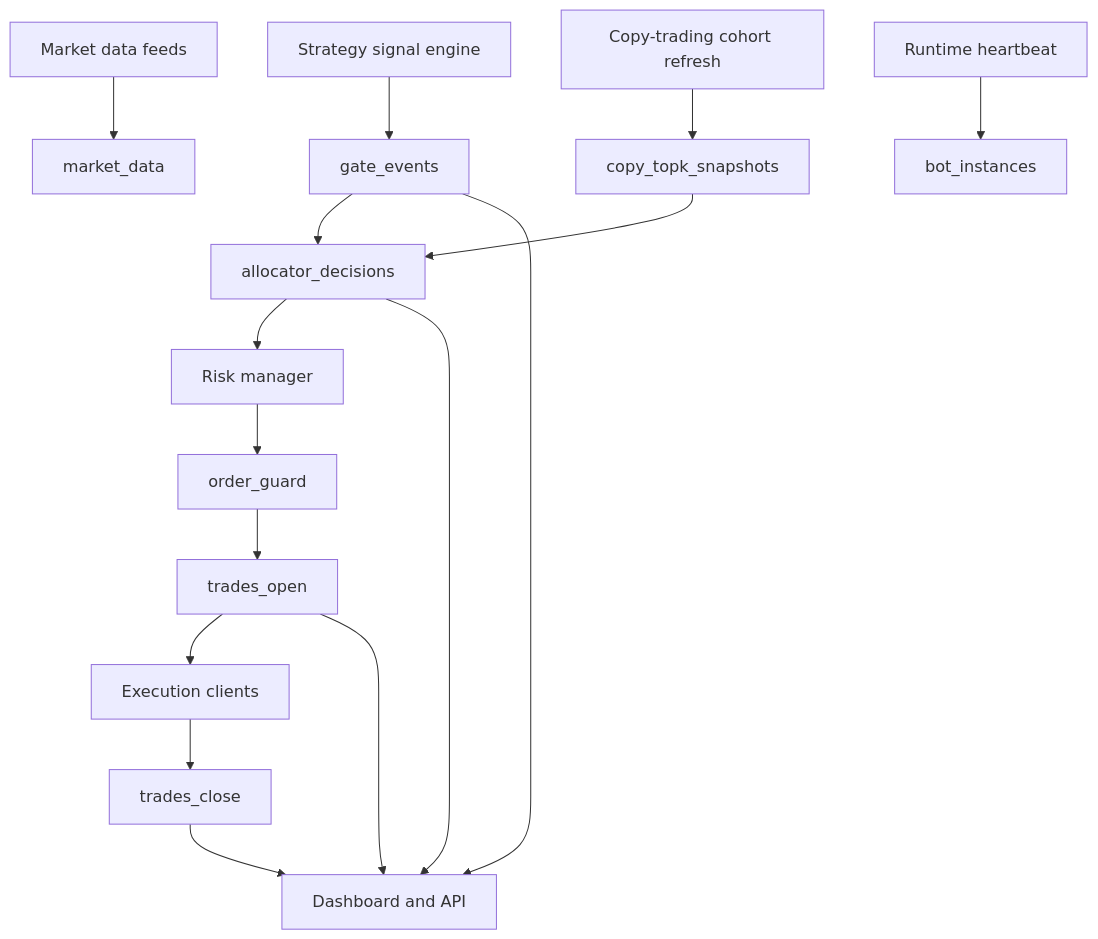
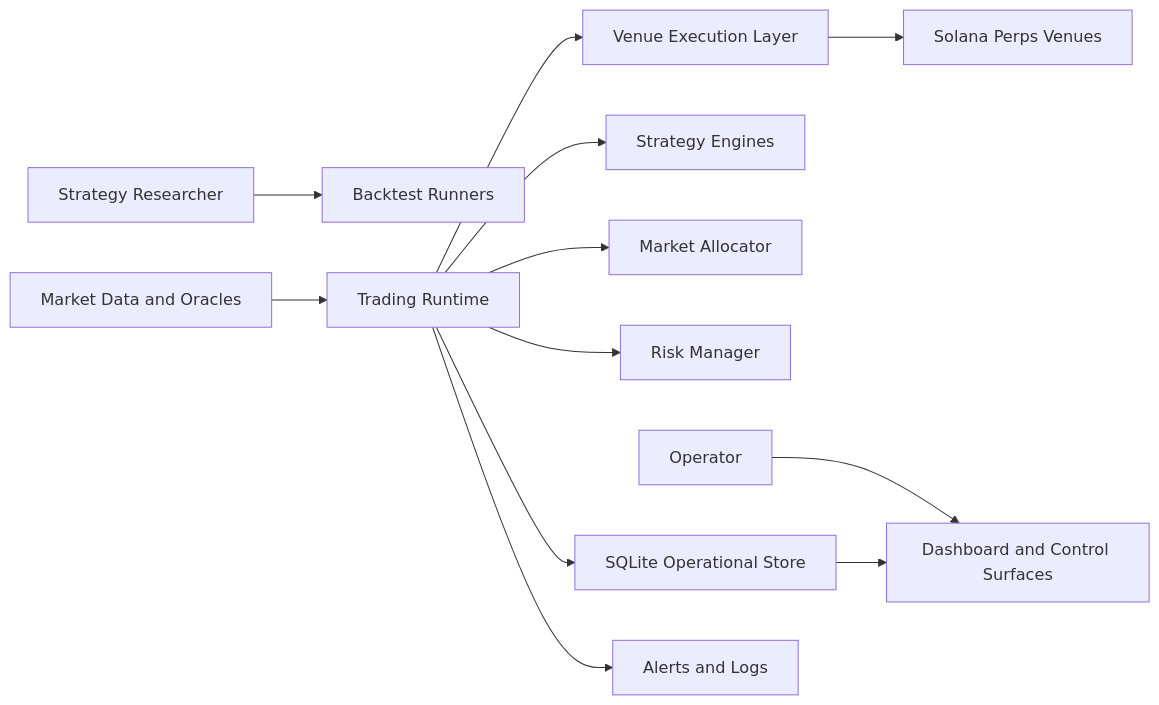
The first of 3 diagrams in docs/ERD.md (hashemselsherif/automated-trading-platform-showcase), drawn with Mermaid before and after one commit. The commit also changed other lines of this file and 12 other files, not shown here.

Commit message:
docs: refine env templates and engineering ERD

````diff
--- a/docs/ERD.md
+++ b/docs/ERD.md
@@ -158,18 +19,14 @@
 ```mermaid
-flowchart TB
-  Data[Market data feeds] --> Candles[market_data]
-  Strategy[Strategy signal engine] --> Gates[gate_events]
-  Gates --> Allocator[allocator_decisions]
-  Allocator --> Risk[Risk manager]
-  Risk --> Guard[order_guard]
-  Guard --> Open[trades_open]
-  Open --> Execution[Execution clients]
-  Execution --> Close[trades_close]
-  Open --> Dashboard[Dashboard and API]
-  Close --> Dashboard
-  Gates --> Dashboard
-  Allocator --> Dashboard
-  Copy[Copy-trading cohort refresh] --> TopK[copy_topk_snapshots]
-  TopK --> Allocator
-  Runtime[Runtime heartbeat] --> Instances[bot_instances]
+flowchart LR
+  Operator[Operator] --> Controls[Dashboard and Control Surfaces]
+  Researcher[Strategy Researcher] --> Backtests[Backtest Runners]
+  MarketData[Market Data and Oracles] --> Runtime[Trading Runtime]
+  Runtime --> Strategies[Strategy Engines]
+  Runtime --> Allocator[Market Allocator]
+  Runtime --> Risk[Risk Manager]
+  Runtime --> Execution[Venue Execution Layer]
+  Execution --> Solana[Solana Perps Venues]
+  Runtime --> Store[SQLite Operational Store]
+  Store --> Controls
+  Runtime --> Alerts[Alerts and Logs]
 ```
````
